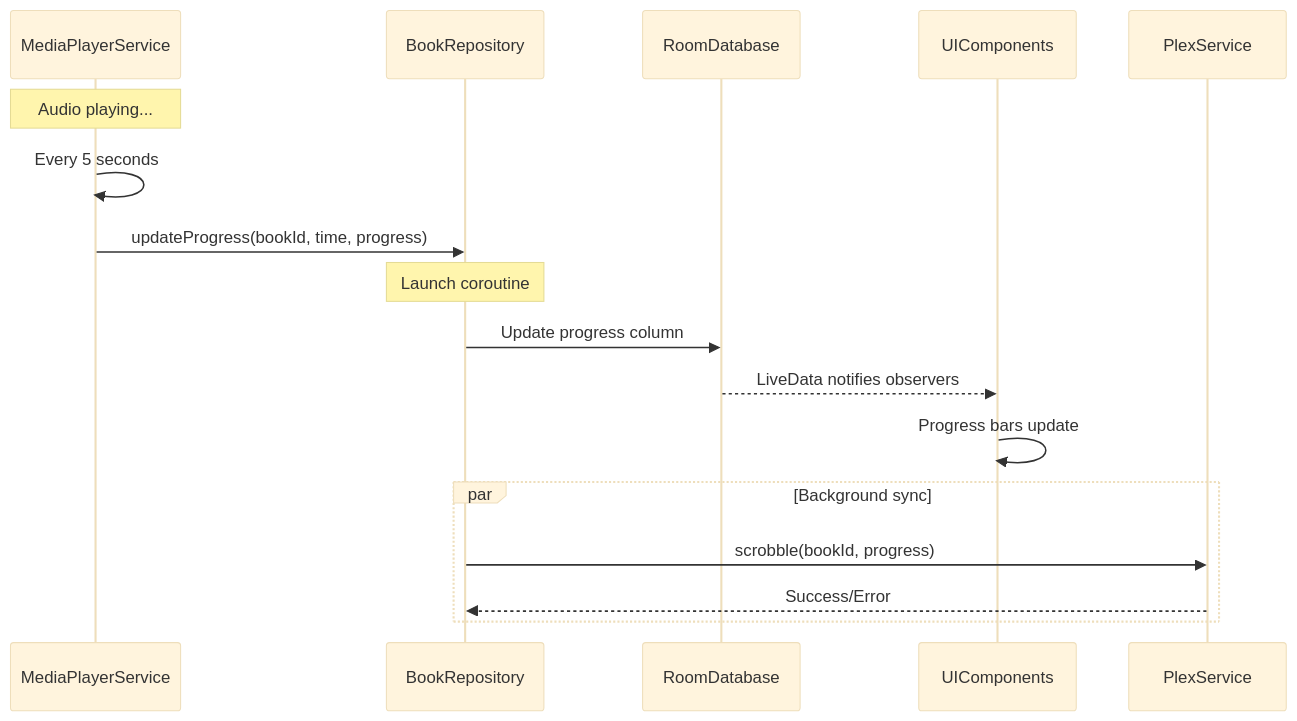
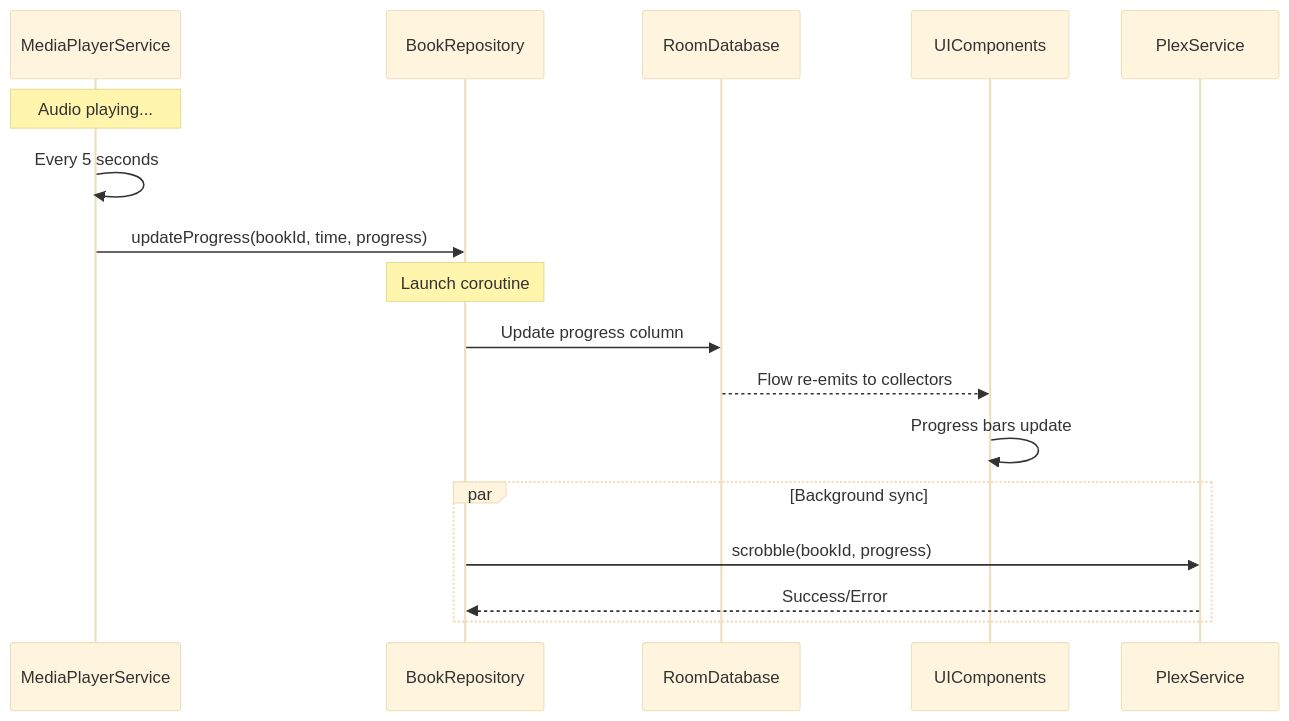
One commit to alebianco/chronicle changed the fifth of 6 diagrams in backlog/docs/reference/05-data-flow.md. Above: the diagram before and after it, drawn with Mermaid (base theme). The commit also changed other lines of this file and 7 other files, not shown here.

````diff
--- a/backlog/docs/reference/05-data-flow.md
+++ b/backlog/docs/reference/05-data-flow.md
@@ -169,20 +174,20 @@
 ```mermaid
 sequenceDiagram
     participant MediaPlayerService
     participant BookRepository
     participant RoomDatabase
     participant UIComponents
     participant PlexService
 
     Note over MediaPlayerService: Audio playing...
     MediaPlayerService->>MediaPlayerService: Every 5 seconds
     MediaPlayerService->>BookRepository: updateProgress(bookId, time, progress)
     Note over BookRepository: Launch coroutine
     BookRepository->>RoomDatabase: Update progress column
-    RoomDatabase-->>UIComponents: LiveData notifies observers
+    RoomDatabase-->>UIComponents: Flow re-emits to collectors
     UIComponents->>UIComponents: Progress bars update
     par Background sync
         BookRepository->>PlexService: scrobble(bookId, progress)
         PlexService-->>BookRepository: Success/Error
     end
 ```
````
